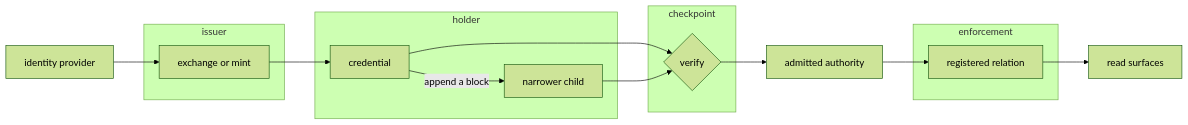
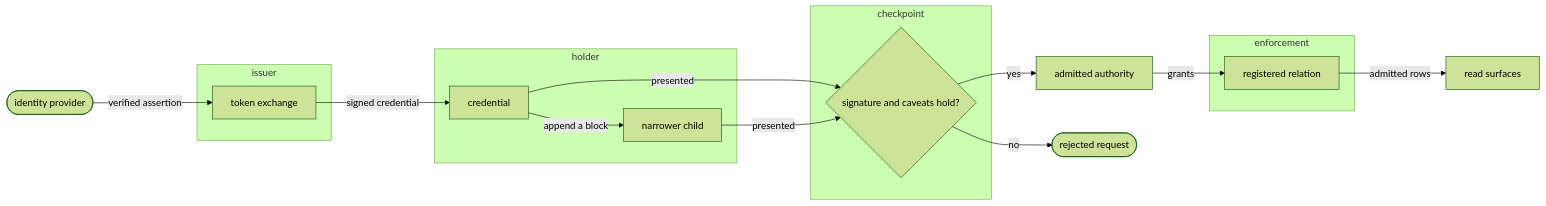
One commit to fractalboxdev/contextful changed the diagram in spec/guide/authority.md. Above: the diagram before and after it, drawn with Mermaid (forest theme). The commit also changed 31 other files, not shown here.

First line of the commit message:
spec: every diagram draws things as nodes and what flows as labelled edges

````diff
--- a/spec/guide/authority.md
+++ b/spec/guide/authority.md
@@ -17,27 +17,29 @@
 ```mermaid
 flowchart LR
-  IDP["identity provider"]
+  IDP(["identity provider"])
   subgraph ISS["issuer"]
-    X["exchange or mint"]
+    X["token exchange"]
   end
   subgraph HOLD["holder"]
     CRED["credential"]
     CHILD["narrower child"]
   end
   subgraph CPZ["checkpoint"]
-    V{"verify"}
+    V{"signature and caveats hold?"}
   end
   AA["admitted authority"]
+  NO(["rejected request"])
   subgraph ENF["enforcement"]
     REL["registered relation"]
   end
   READ["read surfaces"]
-  IDP --> X
-  X --> CRED
+  IDP -->|"verified assertion"| X
+  X -->|"signed credential"| CRED
   CRED -->|"append a block"| CHILD
-  CRED --> V
-  CHILD --> V
-  V --> AA
-  AA --> REL
-  REL --> READ
+  CRED -->|"presented"| V
+  CHILD -->|"presented"| V
+  V -->|"yes"| AA
+  V -->|"no"| NO
+  AA -->|"grants"| REL
+  REL -->|"admitted rows"| READ
 ```
````
